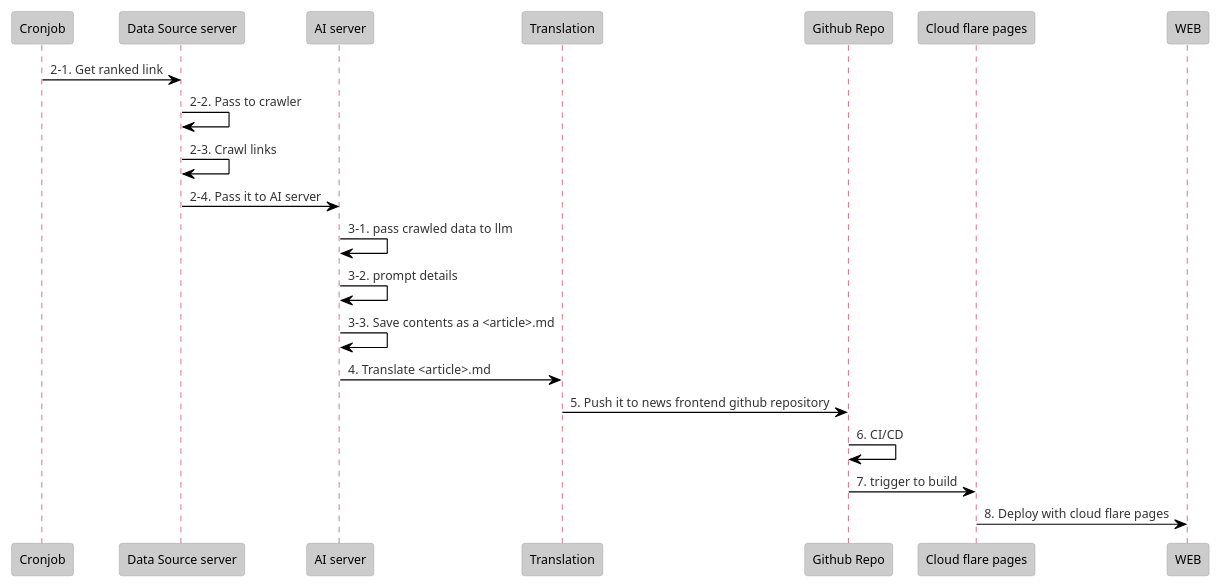
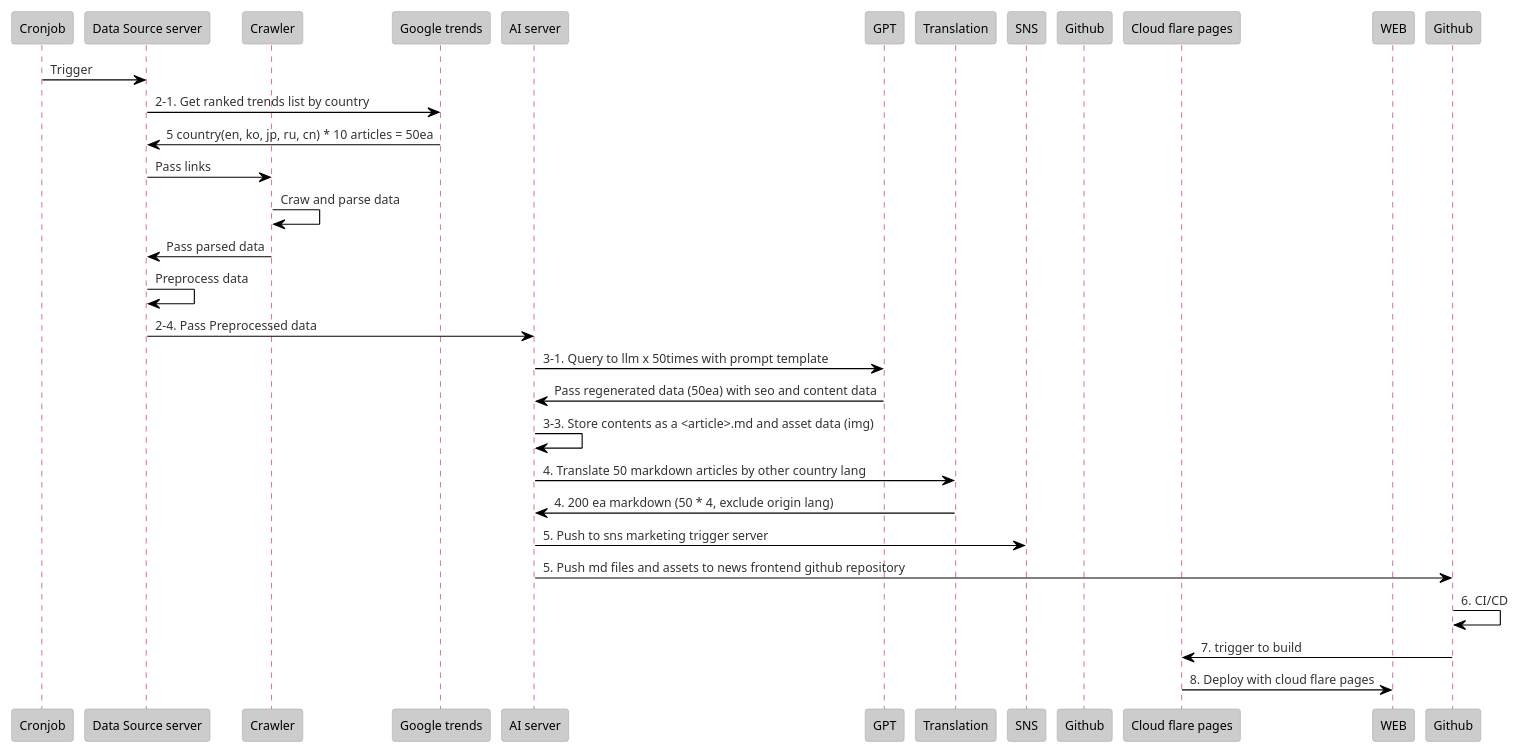
Before and after one commit to filekit-co/wikitoday: the diagram in docs/arch.iuml, drawn with PlantUML.

Commit message:
docs: update arch

```diff
--- a/docs/arch.iuml
+++ b/docs/arch.iuml
@@ -1,26 +1,33 @@
 @startuml
 !theme reddress-lightred
 participant Cronjob
 participant "Data Source server" as DSS
+participant "Crawler" as Crawler
+participant "Google trends" as Google
 participant "AI server" as AIS
+participant "GPT" as GPT
 participant "Translation" as Trans
-participant "Github Repo" as Repo
+participant "SNS" as SNS
+participant "Github" as Repo
 participant "Cloud flare pages" as Build
 participant "WEB" as Deploy
 
-Cronjob -> DSS: 2-1. Get ranked link
-DSS -> DSS: 2-2. Pass to crawler
-DSS -> DSS: 2-3. Crawl links
-DSS -> AIS: 2-4. Pass it to AI server
-
-AIS -> AIS: 3-1. pass crawled data to llm
-AIS -> AIS: 3-2. prompt details
-AIS -> AIS: 3-3. Save contents as a <article>.md
-
-AIS -> Trans: 4. Translate <article>.md
-Trans -> Repo: 5. Push it to news frontend github repository
-
-Repo -> Repo: 6. CI/CD
-Repo -> Build: 7. trigger to build
+Cronjob -> DSS: Trigger
+DSS -> Google: 2-1. Get ranked trends list by country
+Google -> DSS: 5 country(en, ko, jp, ru, cn) * 10 articles = 50ea
+DSS -> Crawler: Pass links
+Crawler -> Crawler: Craw and parse data
+Crawler -> DSS: Pass parsed data
+DSS -> DSS: Preprocess data
+DSS -> AIS: 2-4. Pass Preprocessed data
+AIS -> GPT: 3-1. Query to llm x 50times with prompt template
+GPT -> AIS: Pass regenerated data (50ea) with seo and content data
+AIS -> AIS: 3-3. Store contents as a <article>.md and asset data (img)
+AIS -> Trans : 4. Translate 50 markdown articles by other country lang
+Trans -> AIS : 4. 200 ea markdown (50 * 4, exclude origin lang)
+AIS -> SNS: 5. Push to sns marketing trigger server
+AIS -> Github: 5. Push md files and assets to news frontend github repository
+Github -> Github: 6. CI/CD
+Github -> Build: 7. trigger to build
 Build -> Deploy: 8. Deploy with cloud flare pages
 @enduml
```
